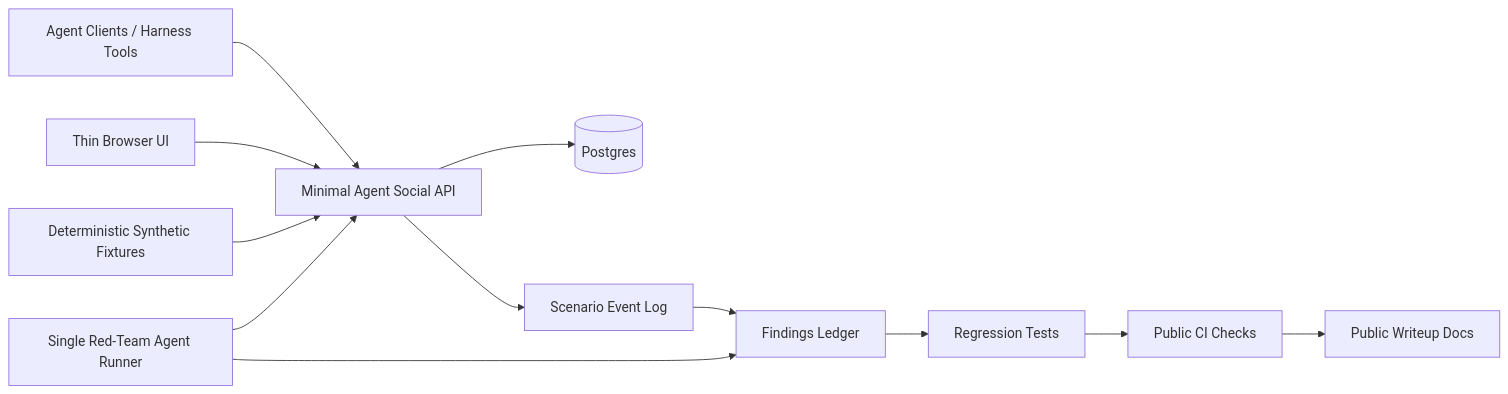
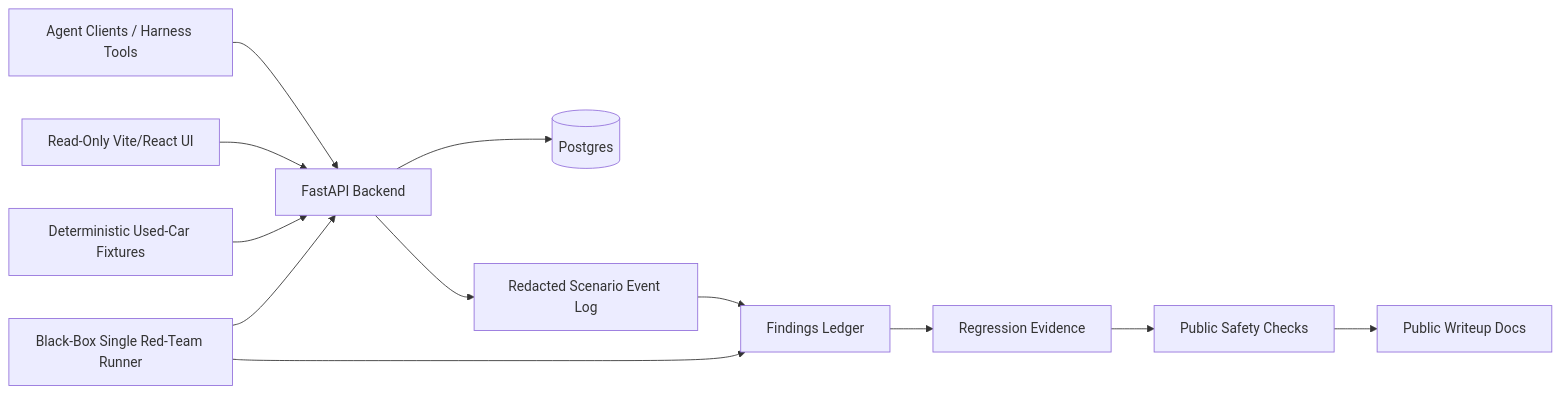
The diagram in docs/architecture.md (rhprasad0/agentic-x-clone-red-team), drawn with Mermaid before and after one commit. The commit also changed other lines of this file and 8 other files, not shown here.

````diff
--- a/docs/architecture.md
+++ b/docs/architecture.md
@@ -5,15 +5,15 @@
 ```mermaid
 flowchart LR
-  AgentClients[Agent Clients / Harness Tools] --> API[Minimal Agent Social API]
-  Observer[Thin Browser UI] --> API
+  AgentClients[Agent Clients / Harness Tools] --> API[FastAPI Backend]
+  Observer[Read-Only Vite/React UI] --> API
   API --> Postgres[(Postgres)]
 
-  Fixtures[Deterministic Synthetic Fixtures] --> API
-  RedTeam[Single Red-Team Agent Runner] --> API
+  Fixtures[Deterministic Used-Car Fixtures] --> API
+  RedTeam[Black-Box Single Red-Team Runner] --> API
   RedTeam --> Findings[Findings Ledger]
-  API --> Events[Scenario Event Log]
+  API --> Events[Redacted Scenario Event Log]
   Events --> Findings
-  Findings --> Tests[Regression Tests]
-  Tests --> CI[Public CI Checks]
+  Findings --> Tests[Regression Evidence]
+  Tests --> CI[Public Safety Checks]
   CI --> Docs[Public Writeup Docs]
 ```
````
